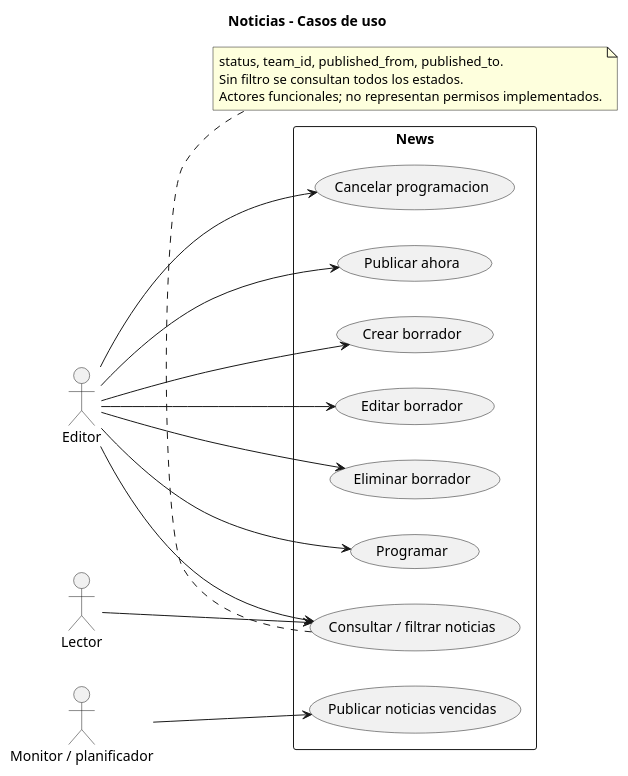
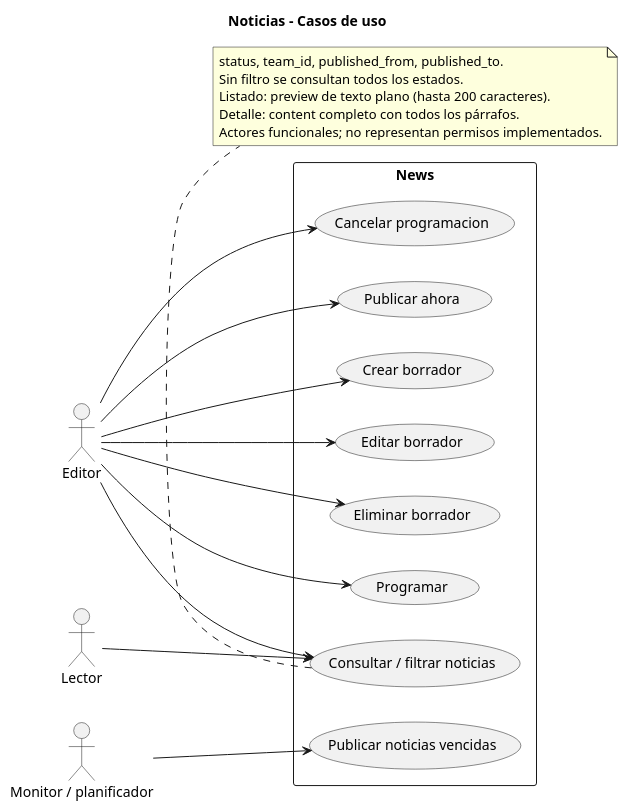
Before and after one commit to JaredDet/Match-Day: the diagram in docs/diagrams/use-cases/news.puml, drawn with PlantUML. The commit also changed 14 other files, not shown here.

```diff
--- a/docs/diagrams/use-cases/news.puml
+++ b/docs/diagrams/use-cases/news.puml
@@ -1,31 +1,33 @@
 @startuml NewsUseCases
 title Noticias - Casos de uso
 left to right direction
 actor Editor
 actor Lector
 actor "Monitor / planificador" as Monitor
 rectangle News {
   usecase "Crear borrador" as Create
   usecase "Editar borrador" as Update
   usecase "Eliminar borrador" as Delete
   usecase "Programar" as Schedule
   usecase "Cancelar programacion" as Unschedule
   usecase "Publicar ahora" as Publish
   usecase "Publicar noticias vencidas" as Due
   usecase "Consultar / filtrar noticias" as Read
 }
 Editor --> Create
 Editor --> Update
 Editor --> Delete
 Editor --> Schedule
 Editor --> Unschedule
 Editor --> Publish
 Editor --> Read
 Lector --> Read
 Monitor --> Due
 note bottom of Read
   status, team_id, published_from, published_to.
   Sin filtro se consultan todos los estados.
+  Listado: preview de texto plano (hasta 200 caracteres).
+  Detalle: content completo con todos los párrafos.
   Actores funcionales; no representan permisos implementados.
 end note
 @enduml
```
